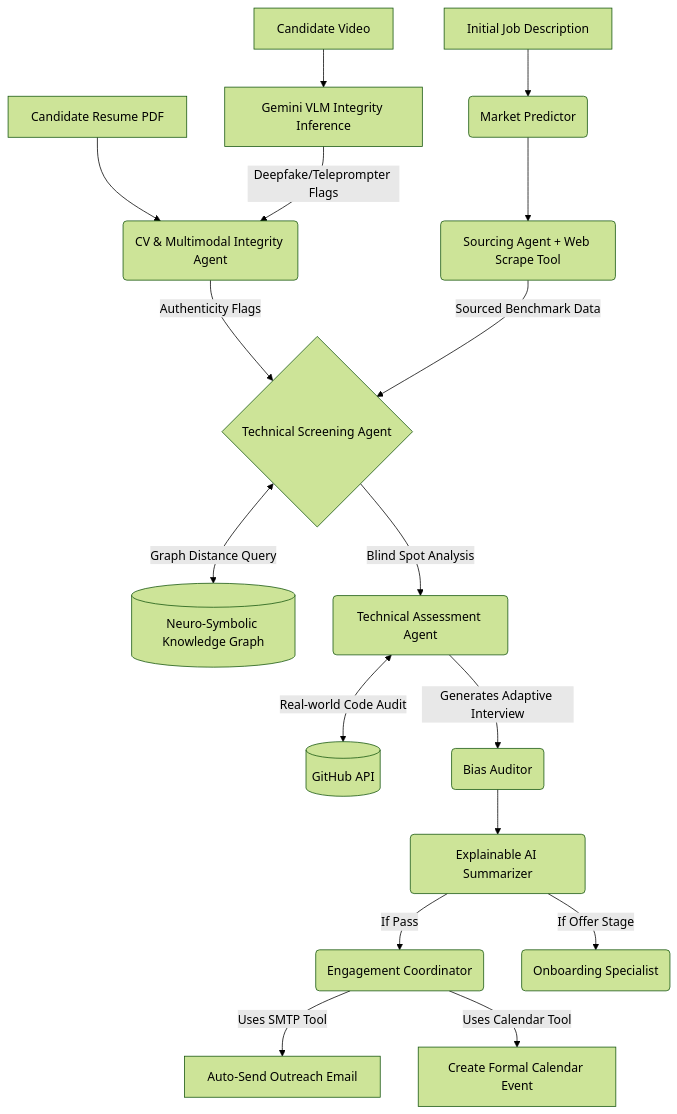
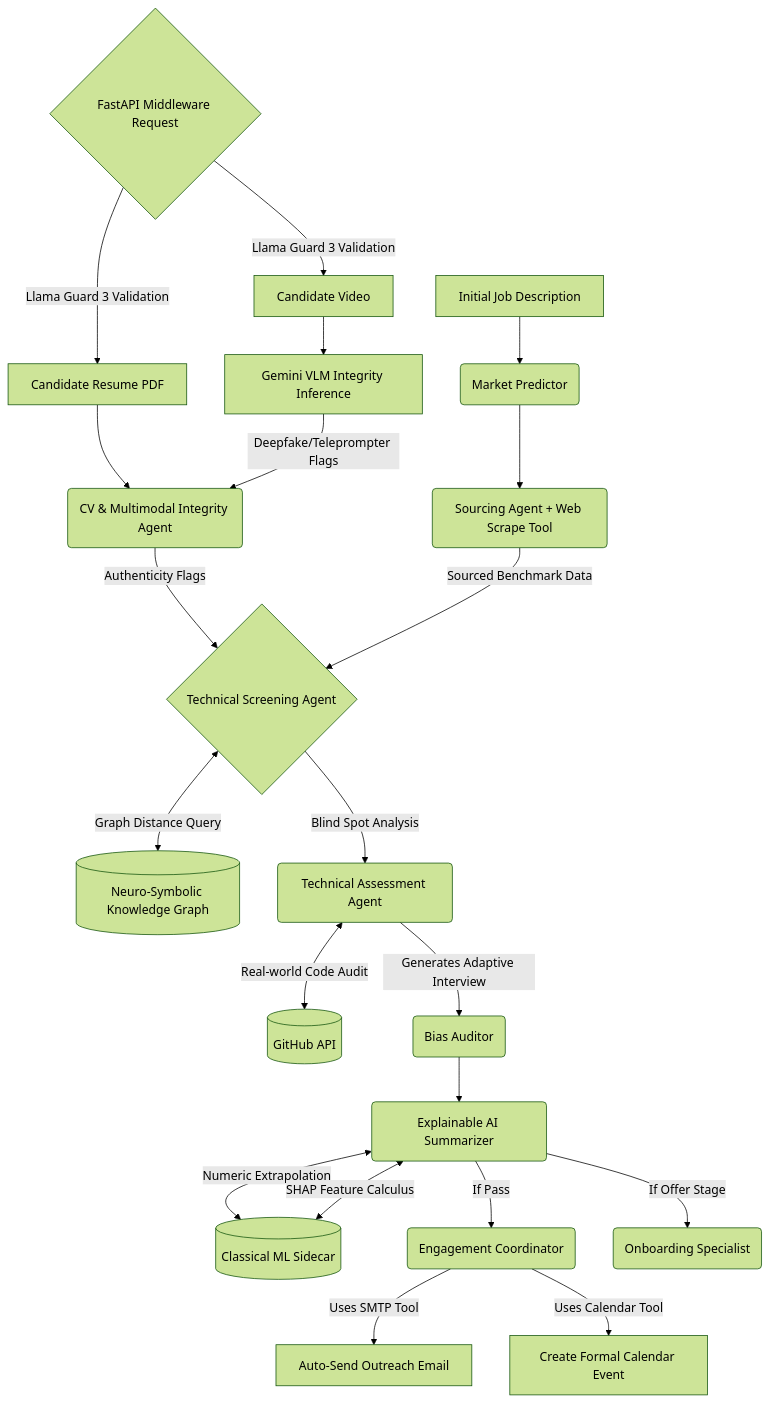
One commit to ananya-giri/Smart-Hire changed the diagram in RESEARCH_REPORT.md. Above: the diagram before and after it, drawn with Mermaid (forest theme). The commit also changed other lines of this file and 22 other files, not shown here.

Commit message:
feat: integrate React+Vite, Llama Guard 3, and true SHAP architecture

````diff
--- a/RESEARCH_REPORT.md
+++ b/RESEARCH_REPORT.md
@@ -57,26 +68,33 @@
 ```mermaid
 graph TD
     A[Initial Job Description] --> B(Market Predictor)
     B --> C(Sourcing Agent + Web Scrape Tool)
     
     V[Candidate Video] --> V1[Gemini VLM Integrity Inference]
     D[Candidate Resume PDF] --> E(CV & Multimodal Integrity Agent)
     V1 -- Deepfake/Teleprompter Flags --> E
     
     E -- Authenticity Flags --> F{Technical Screening Agent}
     C -- Sourced Benchmark Data --> F
     
     F <--> |Graph Distance Query| G[(Neuro-Symbolic Knowledge Graph)]
     
     F -- Blind Spot Analysis --> X(Technical Assessment Agent)
     X <--> |Real-world Code Audit| Y[(GitHub API)]
     X -- Generates Adaptive Interview --> H(Bias Auditor)
     
     H --> I(Explainable AI Summarizer)
     
+    I <--> |Numeric Extrapolation| SG[(Classical ML Sidecar)]
+    SG <--> |SHAP Feature Calculus| I
+    
     I -- If Pass --> J(Engagement Coordinator)
     J -- Uses SMTP Tool --> K[Auto-Send Outreach Email]
     J -- Uses Calendar Tool --> L[Create Formal Calendar Event]
     
     I -- If Offer Stage --> M(Onboarding Specialist)
+    
+    %% API Middleware
+    API{FastAPI Middleware Request} --> |Llama Guard 3 Validation| D
+    API --> |Llama Guard 3 Validation| V
 ```
````
